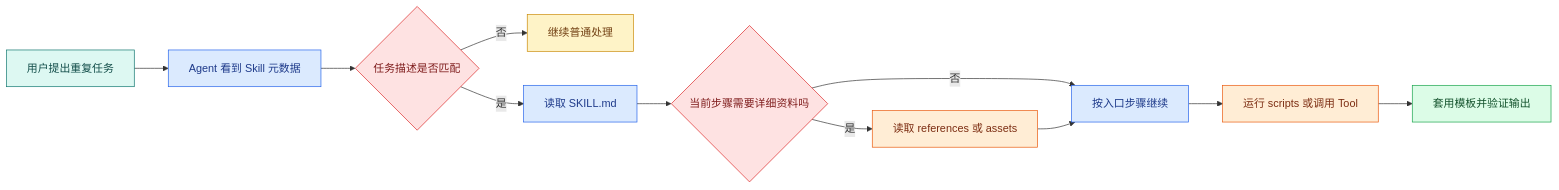
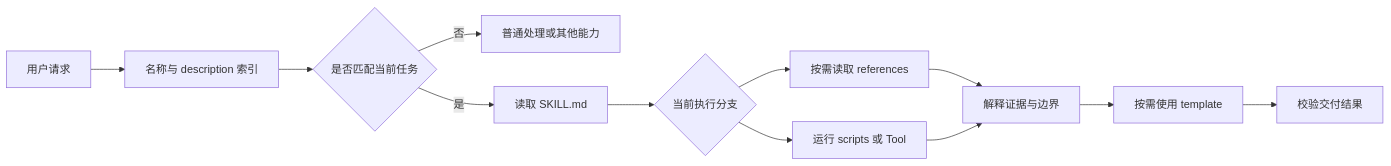
Before and after one commit to upJiang/jiang-blog-vitepress: the diagram in docs/ai-agent/skill-system-progressive-disclosure.md, drawn with Mermaid. The commit also changed other lines of this file and 364 other files, not shown here.

````diff
--- a/docs/ai-agent/skill-system-progressive-disclosure.md
+++ b/docs/ai-agent/skill-system-progressive-disclosure.md
@@ -42,26 +36,14 @@
 ```mermaid
 flowchart LR
-  Q[用户提出重复任务] --> M[Agent 看到 Skill 元数据]
-  M --> D{任务描述是否匹配}
-  D -->|否| N[继续普通处理]
-  D -->|是| S[读取 SKILL.md]
-  S --> R{当前步骤需要详细资料吗}
-  R -->|是| F[读取 references 或 assets]
-  R -->|否| P[按入口步骤继续]
-  F --> P
-  P --> X[运行 scripts 或调用 Tool]
-  X --> O[套用模板并验证输出]
-
-  classDef input fill:#DDF8F2,stroke:#0F766E,color:#134E4A;
-  classDef program fill:#DBEAFE,stroke:#2563EB,color:#1E3A8A;
-  classDef tool fill:#FFEDD5,stroke:#EA580C,color:#7C2D12;
-  classDef data fill:#FEF3C7,stroke:#CA8A04,color:#713F12;
-  classDef success fill:#DCFCE7,stroke:#16A34A,color:#14532D;
-  classDef failure fill:#FEE2E2,stroke:#DC2626,color:#7F1D1D;
-  class Q input;
-  class M,S,P program;
-  class D,R failure;
-  class F,X tool;
-  class O success;
-  class N data;
+  Q[用户请求] --> I[名称与 description 索引]
+  I --> M{是否匹配当前任务}
+  M -->|否| O[普通处理或其他能力]
+  M -->|是| S[读取 SKILL.md]
+  S --> B{当前执行分支}
+  B --> R[按需读取 references]
+  B --> X[运行 scripts 或 Tool]
+  R --> V[解释证据与边界]
+  X --> V
+  V --> T[按需使用 template]
+  T --> C[校验交付结果]
 ```
````
